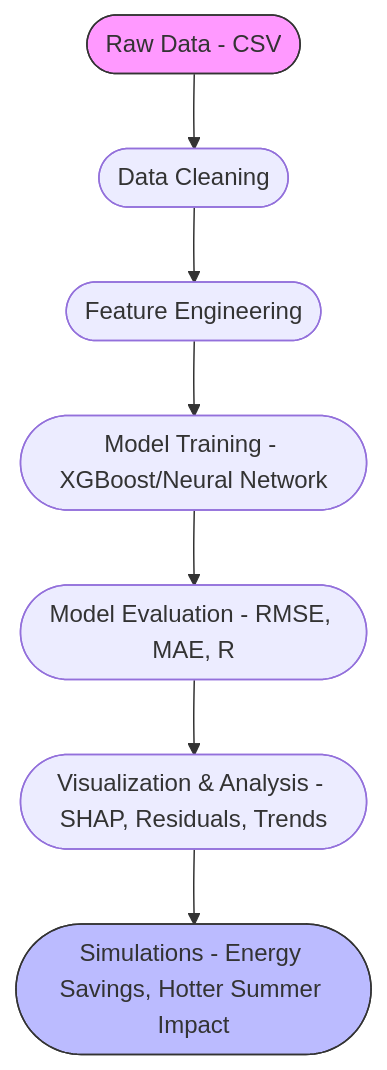
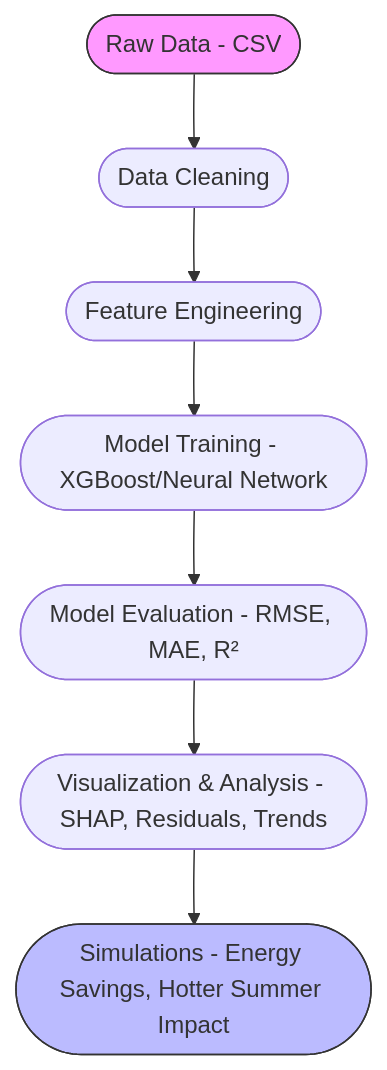
Before and after one commit to rsmymc/Data_Olympiad_2025_Canisius: the diagram in README.md, drawn with Mermaid. The commit also changed other lines of this file and 2 other files, not shown here.

````diff
--- a/README.md
+++ b/README.md
@@ -39,12 +42,12 @@
 ```mermaid
 flowchart TD
     A([Raw Data - CSV]) --> B([Data Cleaning])
     B --> C([Feature Engineering])
     C --> D([Model Training - XGBoost/Neural Network])
-    D --> E([Model Evaluation - RMSE, MAE, R])
+    D --> E([Model Evaluation - RMSE, MAE, R²])
     E --> F([Visualization & Analysis - SHAP, Residuals, Trends])
     F --> G([Simulations - Energy Savings, Hotter Summer Impact])
 
     style A fill:#f9f,stroke:#333,stroke-width:1px
     style G fill:#bbf,stroke:#333,stroke-width:1px
 ```
````
